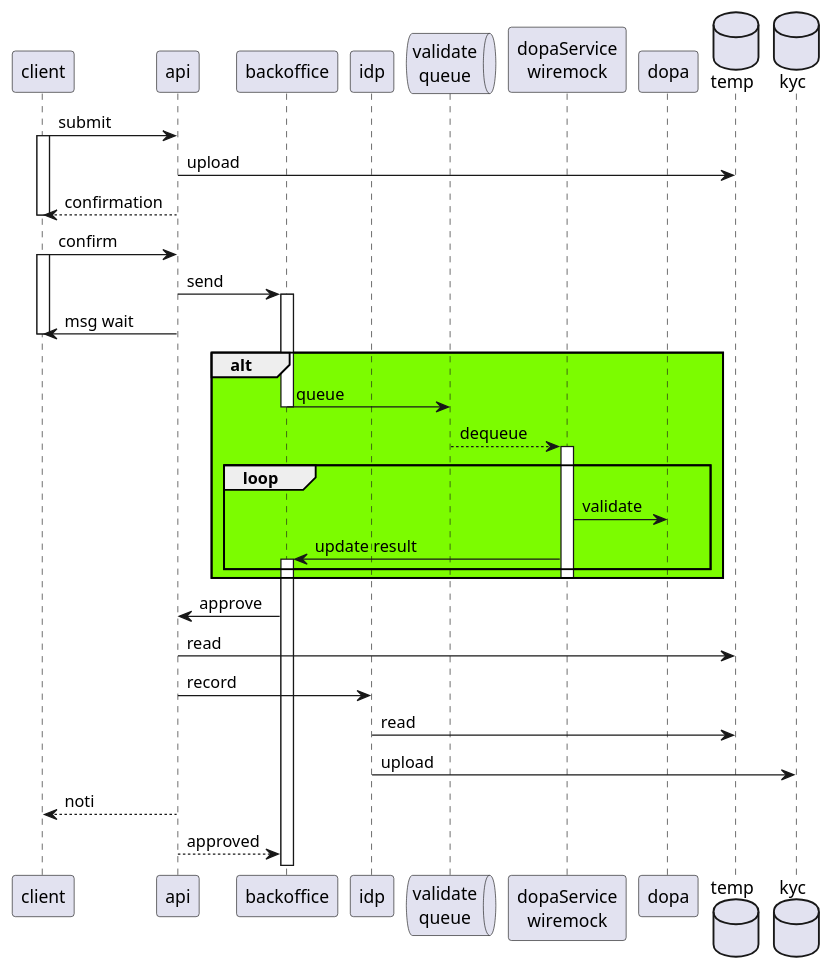
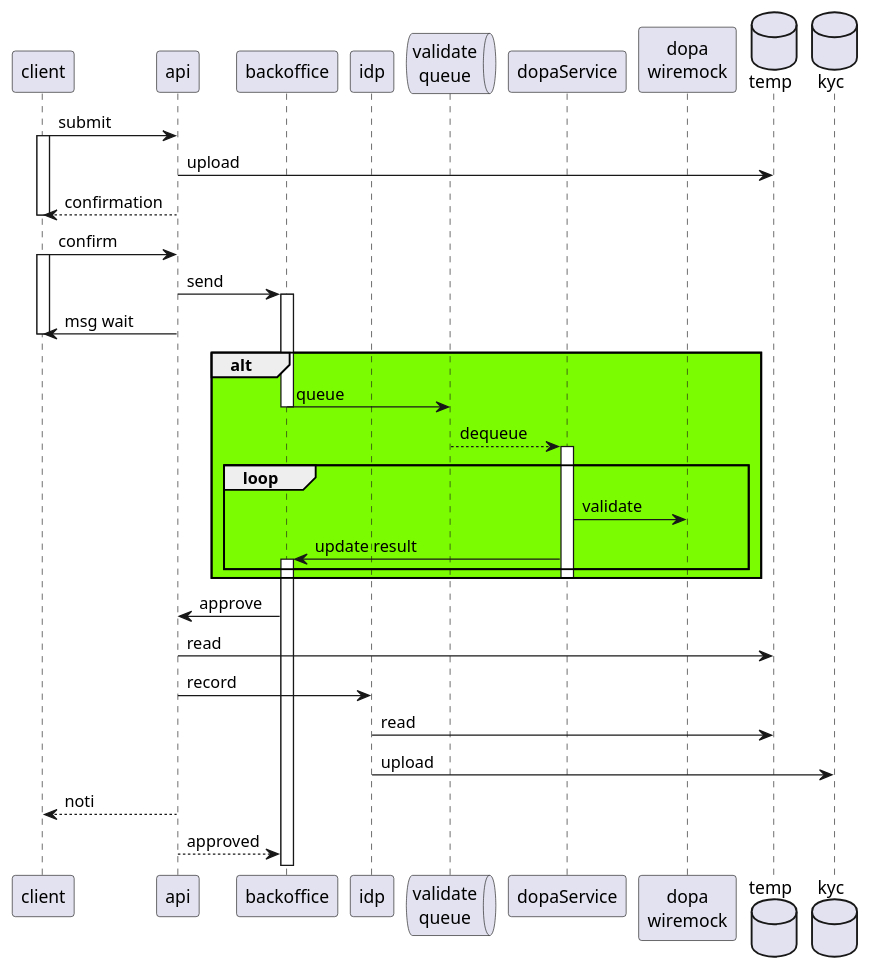
The diagram in kyc/kyc-sequence-idea.puml (BugLordTO/cart-ideas), drawn with PlantUML before and after one commit. The commit also changed 2 other files, not shown here.

Commit message:
update kyc add service

```diff
--- a/kyc/kyc-sequence-idea.puml
+++ b/kyc/kyc-sequence-idea.puml
@@ -1,47 +1,47 @@
 @startuml kyc
 
 participant client
 participant api
 participant backoffice
 participant idp
 queue "validate\nqueue"
-participant "dopaService\nwiremock"
-participant dopa
+participant dopaService
+participant "dopa\nwiremock"
 database temp
 database kyc
 
 client -> api : submit
 activate client
 api -> temp : upload
 client <-- api : confirmation
 deactivate client
 
 client -> api : confirm
 activate client
 api -> backoffice : send
 activate backoffice
 client <- api : msg wait
 deactivate client
 
 alt #LawnGreen
     backoffice -> "validate\nqueue" : queue
     deactivate backoffice
-    "validate\nqueue" --> "dopaService\nwiremock" : dequeue
-    activate "dopaService\nwiremock"
+    "validate\nqueue" --> dopaService : dequeue
+    activate dopaService
     loop #LawnGreen
-        "dopaService\nwiremock" -> dopa : validate
-        backoffice <- "dopaService\nwiremock" : update result
+        dopaService -> "dopa\nwiremock" : validate
+        backoffice <- dopaService : update result
         activate backoffice
     end
-    deactivate "dopaService\nwiremock"
+    deactivate "dopaService"
 end
 
 api <- backoffice : approve
 api -> temp : read
 api -> idp : record
 idp -> temp : read
 idp -> kyc : upload
 client <-- api : noti
 api --> backoffice : approved
 
 @enduml
```
